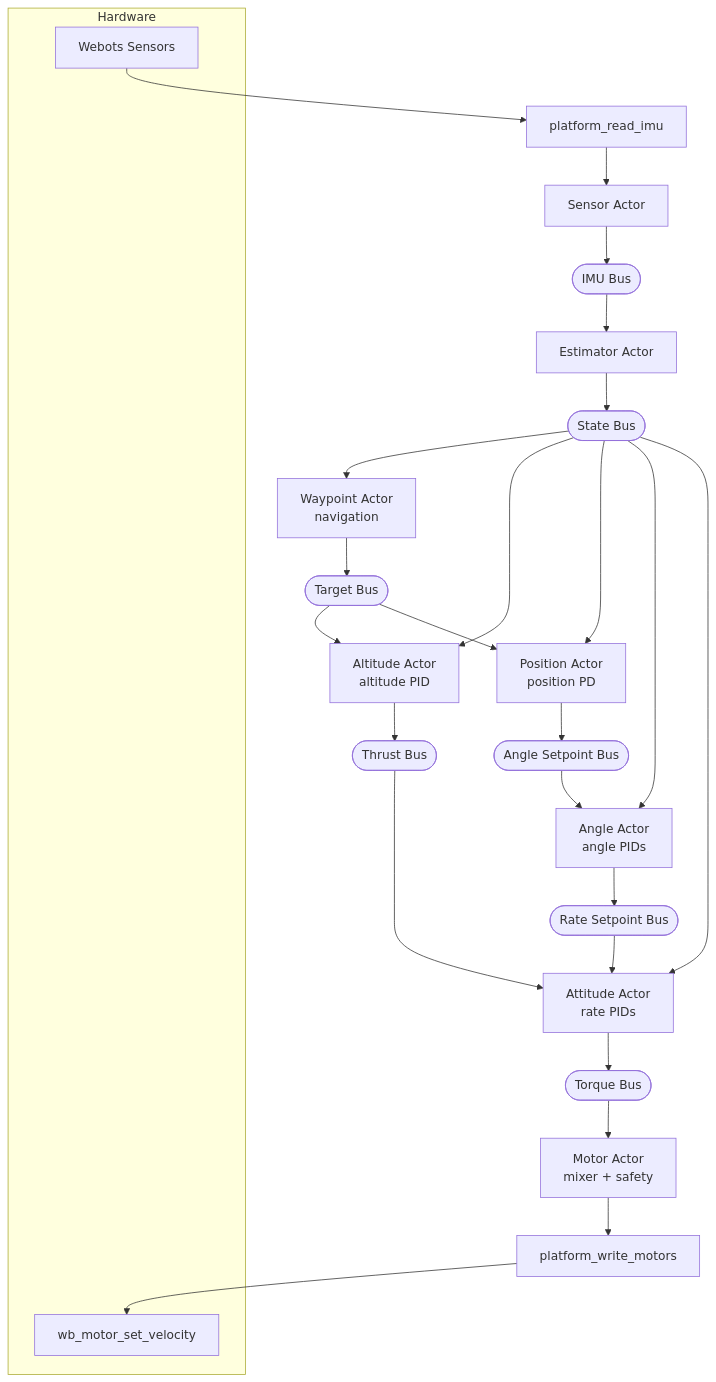
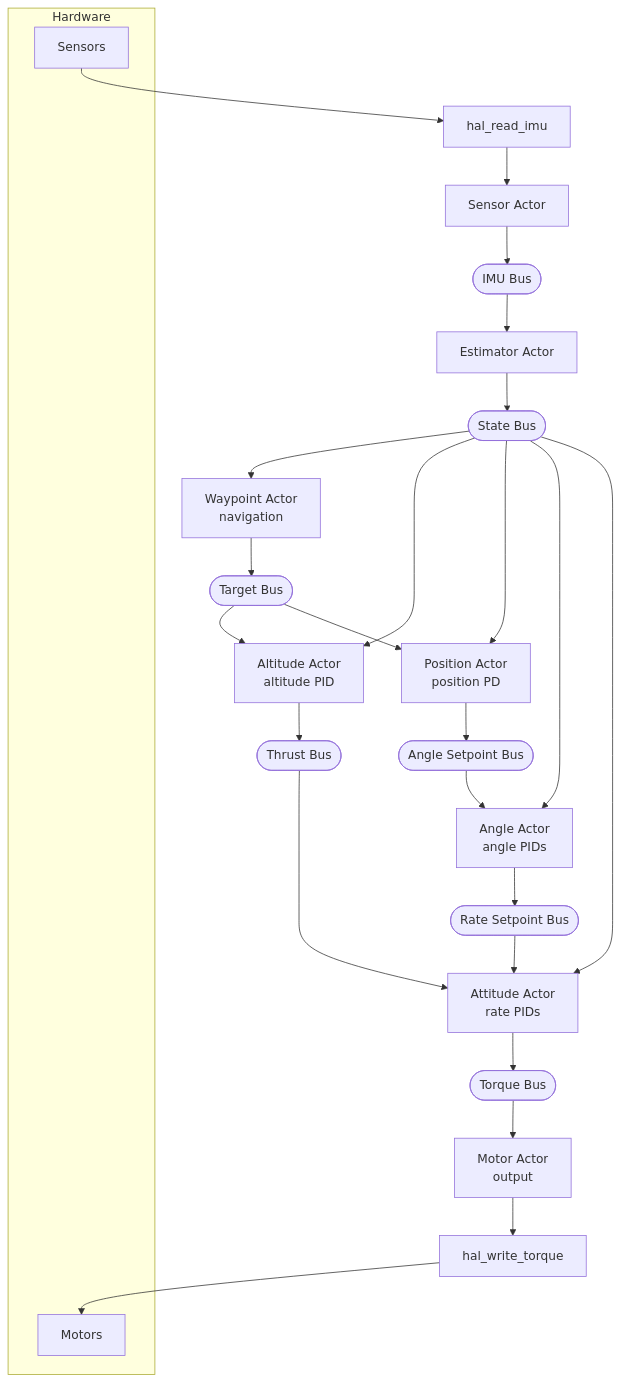
One commit to joagre/rt changed the second of 3 diagrams in examples/pilot/SPEC.md. Above: the diagram before and after it, drawn with Mermaid. The commit also changed other lines of this file and 9 other files, not shown here.

````diff
--- a/examples/pilot/SPEC.md
+++ b/examples/pilot/SPEC.md
@@ -180,36 +180,36 @@
 ```mermaid
 graph TB
     subgraph HW["Hardware"]
-        Sensors[Webots Sensors]
-        Motors[wb_motor_set_velocity]
+        Sensors[Sensors]
+        Motors[Motors]
     end
 
-    ReadIMU[platform_read_imu]
-    WriteMotors[platform_write_motors]
+    ReadIMU[hal_read_imu]
+    WriteTorque[hal_write_torque]
 
     Sensors --> ReadIMU --> Sensor[Sensor Actor]
     Sensor --> IMUBus([IMU Bus])
     IMUBus --> Estimator[Estimator Actor]
     Estimator --> StateBus([State Bus])
 
     StateBus --> Waypoint[Waypoint Actor<br/>navigation]
     StateBus --> Altitude[Altitude Actor<br/>altitude PID]
     StateBus --> Position[Position Actor<br/>position PD]
     StateBus --> Angle[Angle Actor<br/>angle PIDs]
     StateBus --> Attitude[Attitude Actor<br/>rate PIDs]
 
     Waypoint --> TargetBus([Target Bus])
     TargetBus --> Altitude
     TargetBus --> Position
     Altitude --> ThrustBus([Thrust Bus])
     ThrustBus --> Attitude
     Position --> AngleSP([Angle Setpoint Bus])
     AngleSP --> Angle
     Angle --> RateSP([Rate Setpoint Bus])
     RateSP --> Attitude
 
     Attitude --> TorqueBus([Torque Bus])
-    TorqueBus --> Motor[Motor Actor<br/>mixer + safety]
+    TorqueBus --> Motor[Motor Actor<br/>output]
 
-    Motor --> WriteMotors --> Motors
+    Motor --> WriteTorque --> Motors
 ```
````
